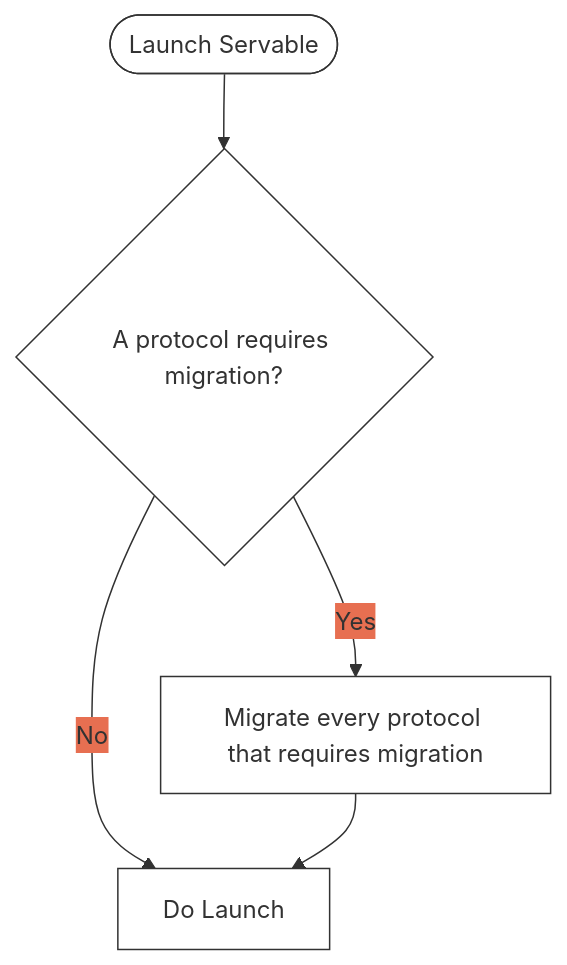
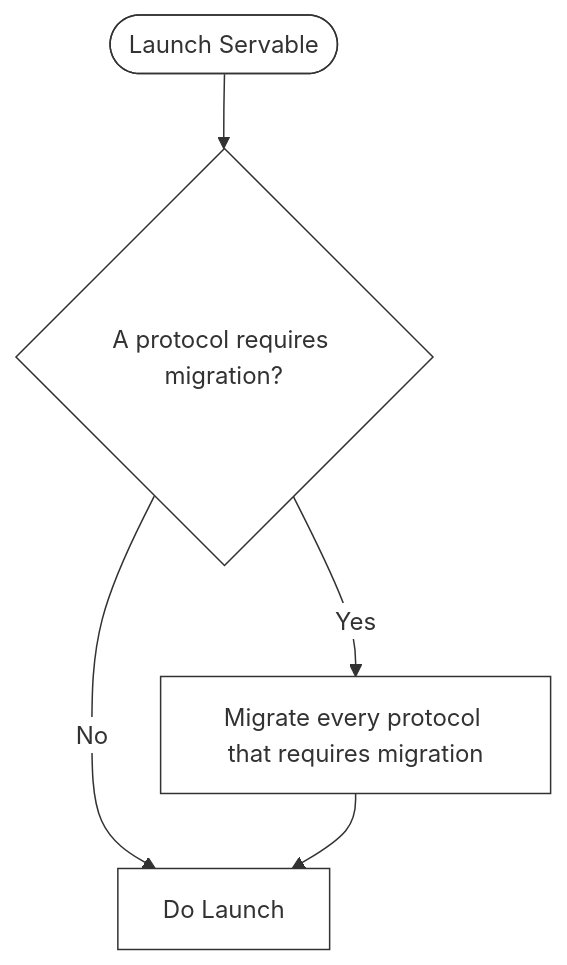
The diagram in _archive/reference/configuration.md (servable-community/servable-documentation), drawn with Mermaid before and after one commit. The commit also changed 41 other files, not shown here.

````diff
--- a/_archive/reference/configuration.md
+++ b/_archive/reference/configuration.md
@@ -14,21 +14,19 @@
 ```mermaid
 %%{
   init: {
     'theme': 'base',
     'themeVariables': {
       'primaryColor': '#fff',
       'primaryTextColor': '#323232',
       'primaryBorderColor': '#323232',
       'lineColor': '#323232',
-      'secondaryColor': '#e76f51',
-      'tertiaryColor': '#e76f51',
-      'fontFamily': 'Space Grotesk' 
+      'fontFamily': 'Space Grotesk'
     }
   }
 }%%
 flowchart TD
     start([Launch Servable]) --> requiresMigration{A protocol requires migration?} 
     requiresMigration -- Yes --> migrate[Migrate every protocol that requires migration]
     requiresMigration -- No --> doLaunch[Do Launch]
     migrate --> doLaunch[Do Launch]
 ```
````
